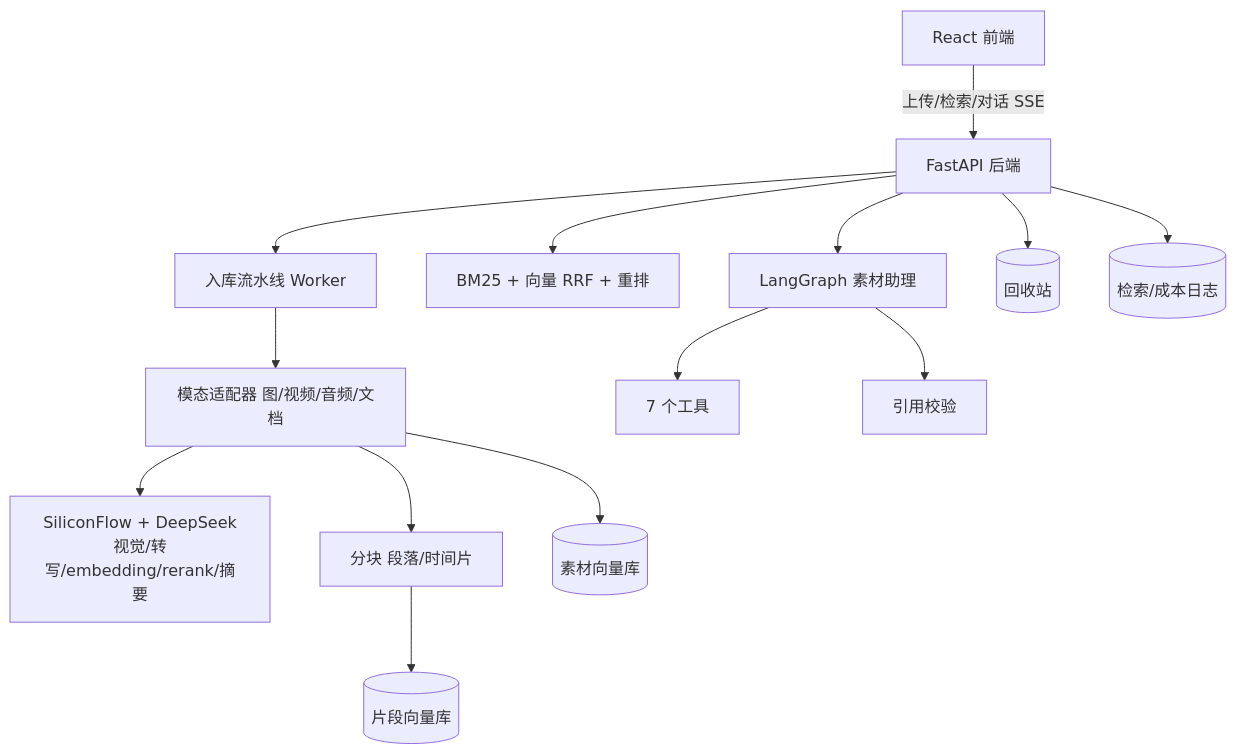
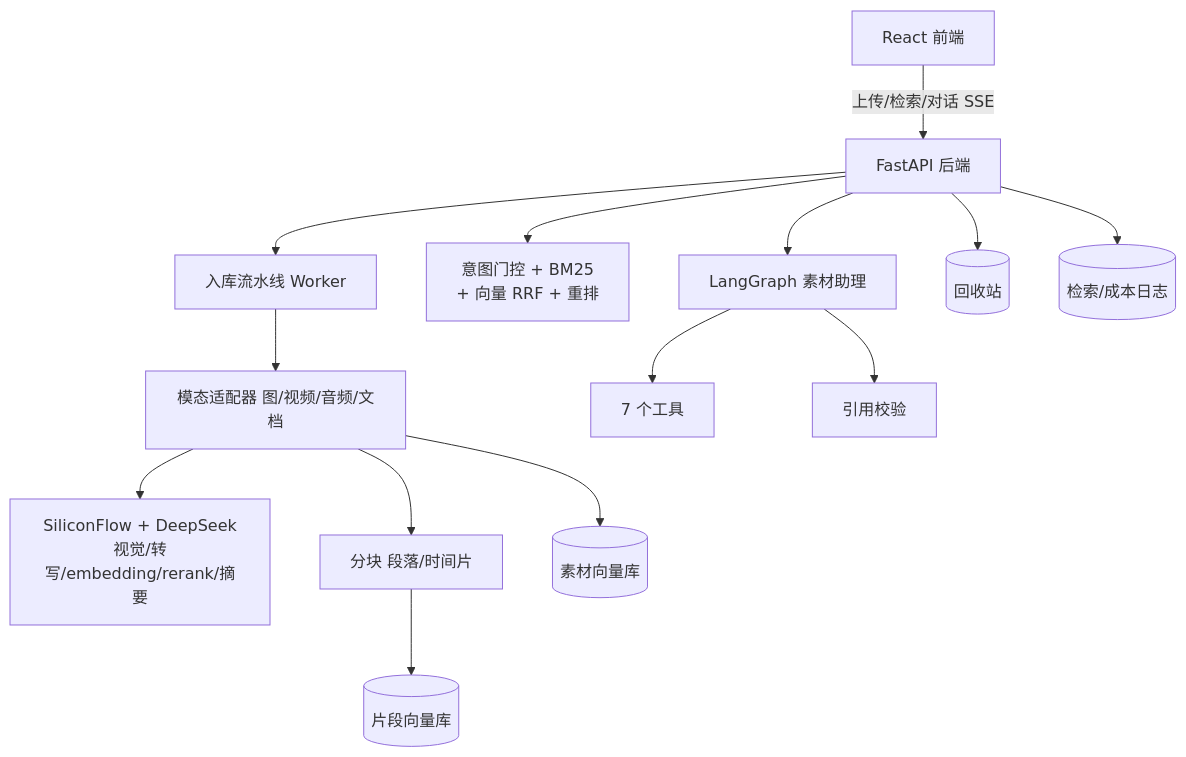
One commit to yerouguozi/multimodal-asset-agent changed the diagram in README.md. Above: the diagram before and after it, drawn with Mermaid. The commit also changed other lines of this file and 21 other files, not shown here.

````diff
--- a/README.md
+++ b/README.md
@@ -38,16 +40,16 @@
 ```mermaid
 graph TD
     UI[React 前端] -->|上传/检索/对话 SSE| API[FastAPI 后端]
     API --> PIPE[入库流水线 Worker]
     PIPE --> PROC[模态适配器 图/视频/音频/文档]
     PROC --> LLM[SiliconFlow + DeepSeek<br/>视觉/转写/embedding/rerank/摘要]
     PROC --> CHUNK[分块 段落/时间片]
     CHUNK --> CV[(片段向量库)]
     PROC --> VS[(素材向量库)]
-    API --> SEARCH[BM25 + 向量 RRF + 重排]
+    API --> SEARCH[意图门控 + BM25<br/>+ 向量 RRF + 重排]
     API --> AGENT[LangGraph 素材助理]
     AGENT --> TOOLS[7 个工具]
     AGENT --> CHECK[引用校验]
     API --> TRASH[(回收站)]
     API --> LOG[(检索/成本日志)]
 ```
````
